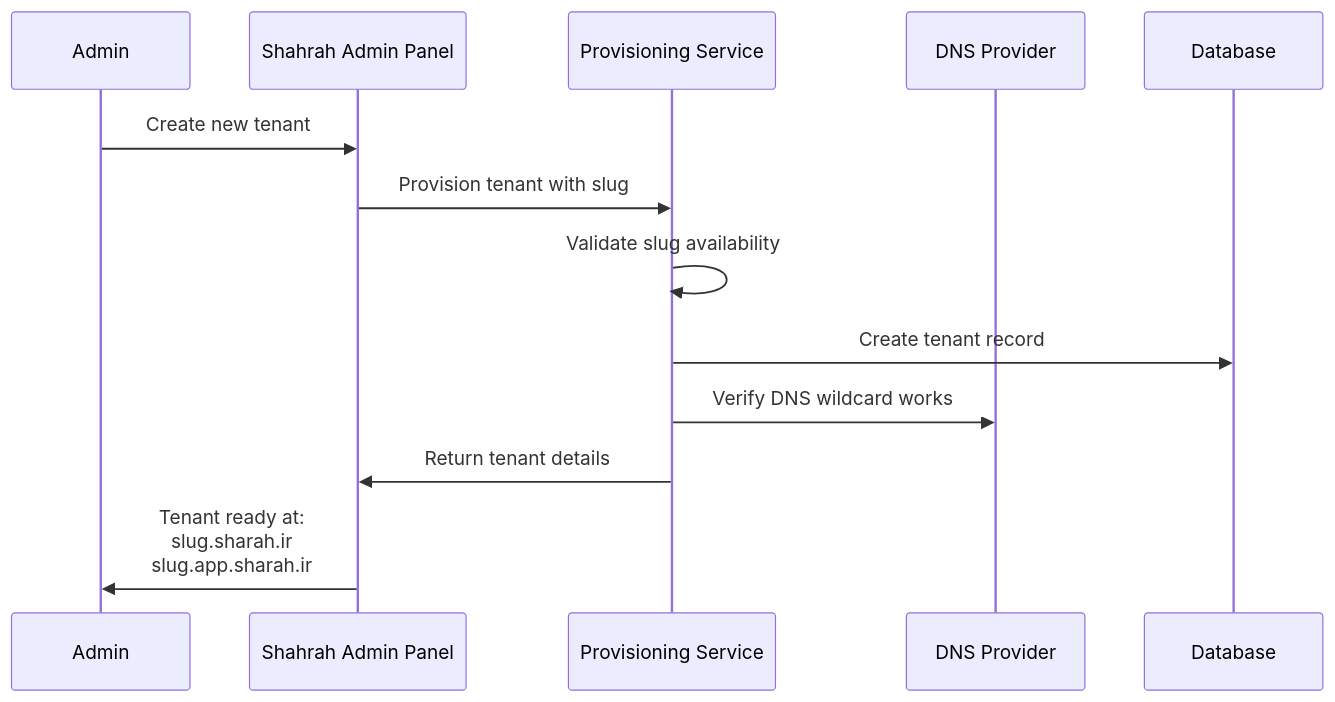
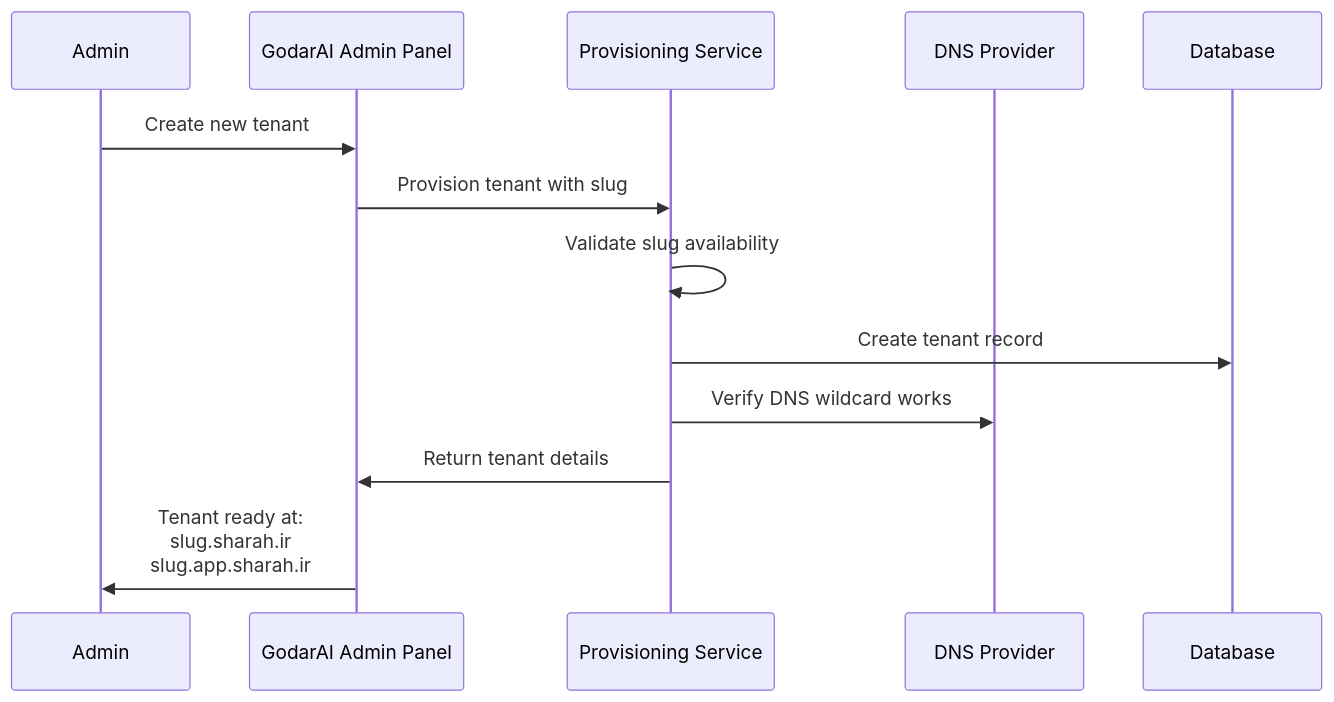
The fourth of 4 diagrams in plans/03_subdomain_tenant_access.md (godarai-ir/Shahrah), drawn with Mermaid before and after one commit. The commit also changed other lines of this file and 38 other files, not shown here.

Commit message:
chore(plans): renaming Shahrah to GodarAI

````diff
--- a/plans/03_subdomain_tenant_access.md
+++ b/plans/03_subdomain_tenant_access.md
@@ -514,16 +514,16 @@
 ```mermaid
 sequenceDiagram
     participant A as Admin
-    participant S as Shahrah Admin Panel
+    participant S as GodarAI Admin Panel
     participant P as Provisioning Service
     participant D as DNS Provider
     participant DB as Database
     
     A->>S: Create new tenant
     S->>P: Provision tenant with slug
     P->>P: Validate slug availability
     P->>DB: Create tenant record
     P->>D: Verify DNS wildcard works
     P->>S: Return tenant details
     S->>A: Tenant ready at:<br/>slug.sharah.ir<br/>slug.app.sharah.ir
 ```
````
